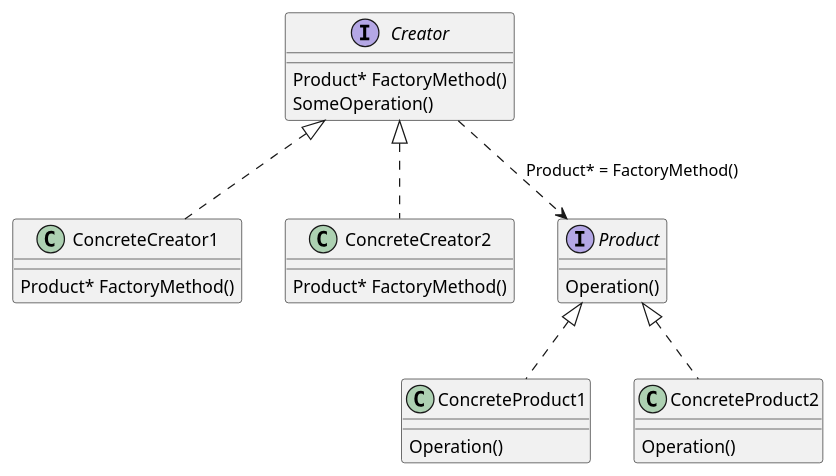
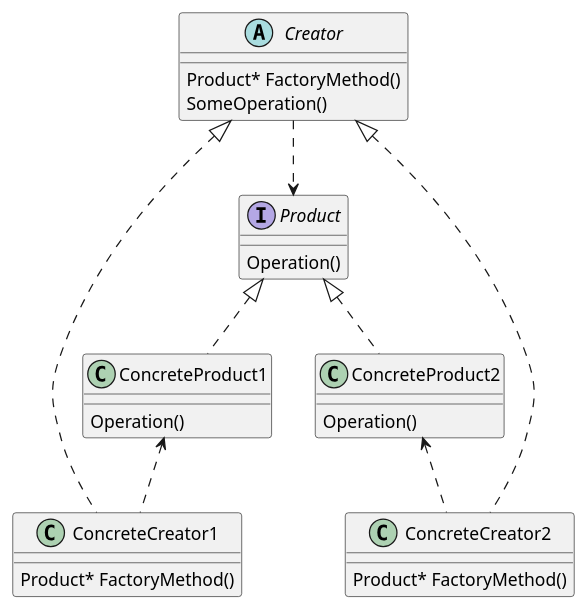
Before and after one commit to alphajayGithub/devDemos: the diagram in dev_demo/designPattern/factory/factory.puml, drawn with PlantUML. The commit also changed 17 other files, not shown here.

```diff
--- a/dev_demo/designPattern/factory/factory.puml
+++ b/dev_demo/designPattern/factory/factory.puml
@@ -1,36 +1,40 @@
 @startuml
+
+Creator ..> Product
 
 Creator <|.. ConcreteCreator1
 Creator <|.. ConcreteCreator2
 
 Product <|.. ConcreteProduct1
 Product <|.. ConcreteProduct2
 
-Creator ..> Product : Product* = FactoryMethod()
+ConcreteProduct1 <.. ConcreteCreator1
+ConcreteProduct2 <.. ConcreteCreator2
+
 
 interface Product{
     Operation()
 }
 class ConcreteProduct1{
    Operation()
 }
 
 class ConcreteProduct2{
    Operation()
 }
 
-interface Creator {
+abstract Creator {
     Product* FactoryMethod()
     SomeOperation()
 }
 
 class ConcreteCreator1 {
     Product* FactoryMethod()
 }
 
 class ConcreteCreator2 {
     Product* FactoryMethod()
 }
 
 
 @enduml
```
